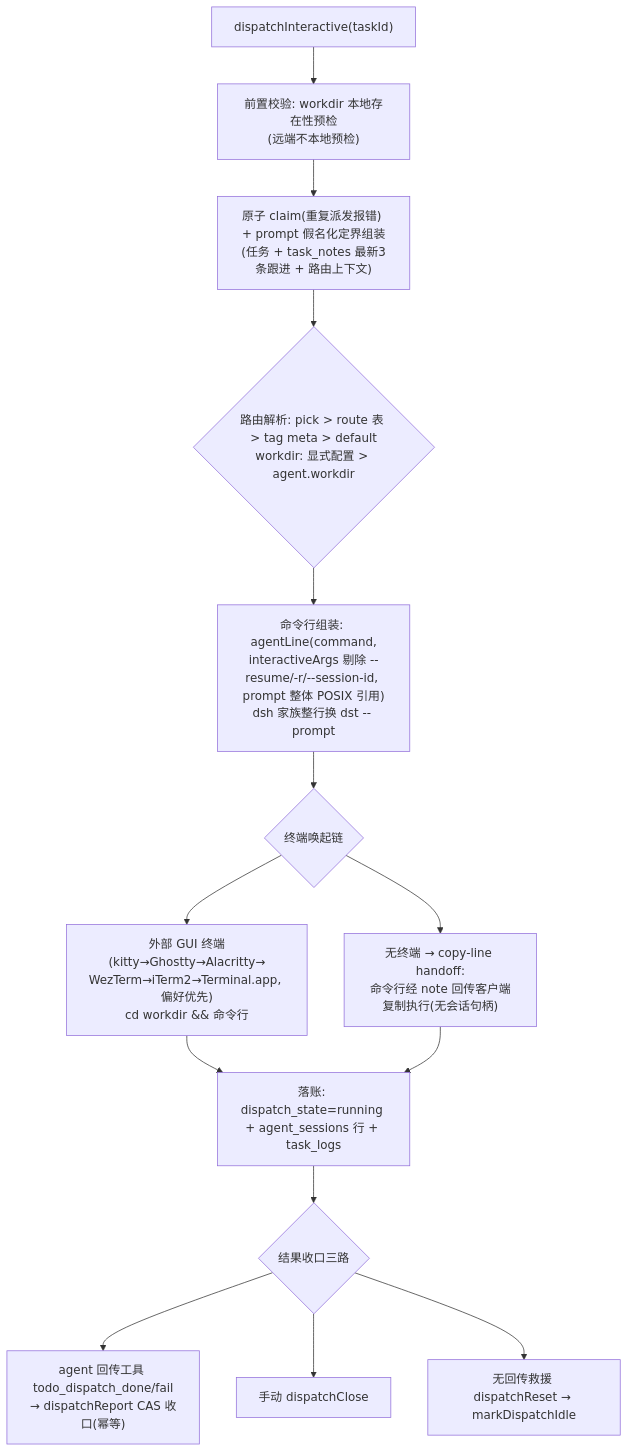
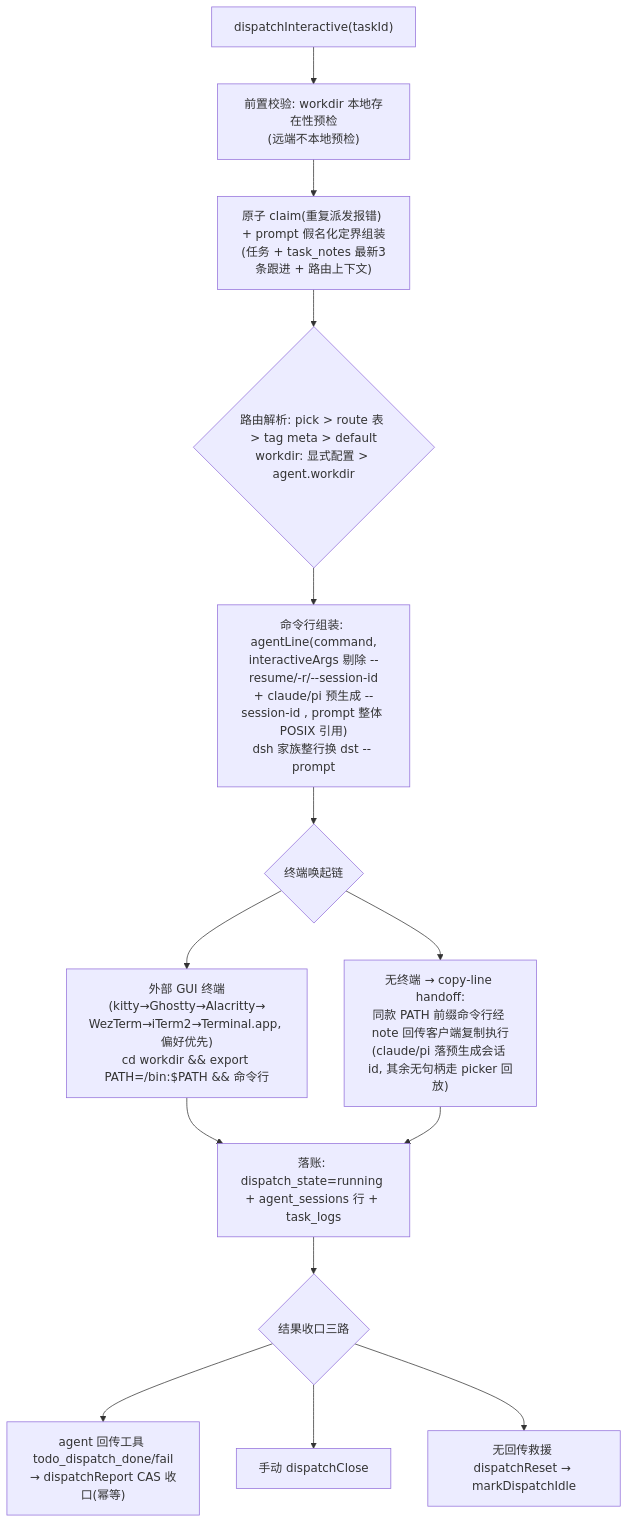
Before and after one commit to Jo0OCTsai/pokemon-choose-you: the seventh of 12 diagrams in dsh-plugin/docs/agent-cli-flows.md, drawn with Mermaid. The commit also changed other lines of this file and 20 other files, not shown here.

Commit message:
fix(dsh): 交互派发两断点收口——本机交互行 pk PATH 前缀 · claude/pi 预生成会话 id 真回放 · picker 兜底放开按钮恒渲染

````diff
--- a/dsh-plugin/docs/agent-cli-flows.md
+++ b/dsh-plugin/docs/agent-cli-flows.md
@@ -282,15 +282,15 @@
 ```mermaid
 flowchart TB
     A["dispatchInteractive(taskId)"] --> B["前置校验: workdir 本地存在性预检<br/>(远端不本地预检)"]
     B --> C["原子 claim(重复派发报错) + prompt 假名化定界组装<br/>(任务 + task_notes 最新3条跟进 + 路由上下文)"]
     C --> D{"路由解析: pick > route 表 > tag meta > default<br/>workdir: 显式配置 > agent.workdir"}
-    D --> E["命令行组装: agentLine(command,<br/>interactiveArgs 剔除 --resume/-r/--session-id, prompt 整体 POSIX 引用)<br/>dsh 家族整行换 dst -- prompt"]
+    D --> E["命令行组装: agentLine(command,<br/>interactiveArgs 剔除 --resume/-r/--session-id<br/>+ claude/pi 预生成 --session-id <uuid>, prompt 整体 POSIX 引用)<br/>dsh 家族整行换 dst -- prompt"]
     E --> F{"终端唤起链"}
-    F --> G["外部 GUI 终端(kitty→Ghostty→Alacritty→<br/>WezTerm→iTerm2→Terminal.app, 偏好优先)<br/>cd workdir && 命令行"]
-    F --> H["无终端 → copy-line handoff:<br/>命令行经 note 回传客户端复制执行(无会话句柄)"]
+    F --> G["外部 GUI 终端(kitty→Ghostty→Alacritty→<br/>WezTerm→iTerm2→Terminal.app, 偏好优先)<br/>cd workdir && export PATH=<appHome>/bin:$PATH && 命令行"]
+    F --> H["无终端 → copy-line handoff:<br/>同款 PATH 前缀命令行经 note 回传客户端复制执行<br/>(claude/pi 落预生成会话 id, 其余无句柄走 picker 回放)"]
     G & H --> I["落账: dispatch_state=running + agent_sessions 行 + task_logs"]
     I --> J{"结果收口三路"}
     J --> K["agent 回传工具 todo_dispatch_done/fail<br/>→ dispatchReport CAS 收口(幂等)"]
     J --> L["手动 dispatchClose"]
     J --> M["无回传救援 dispatchReset → markDispatchIdle"]
 ```
````
